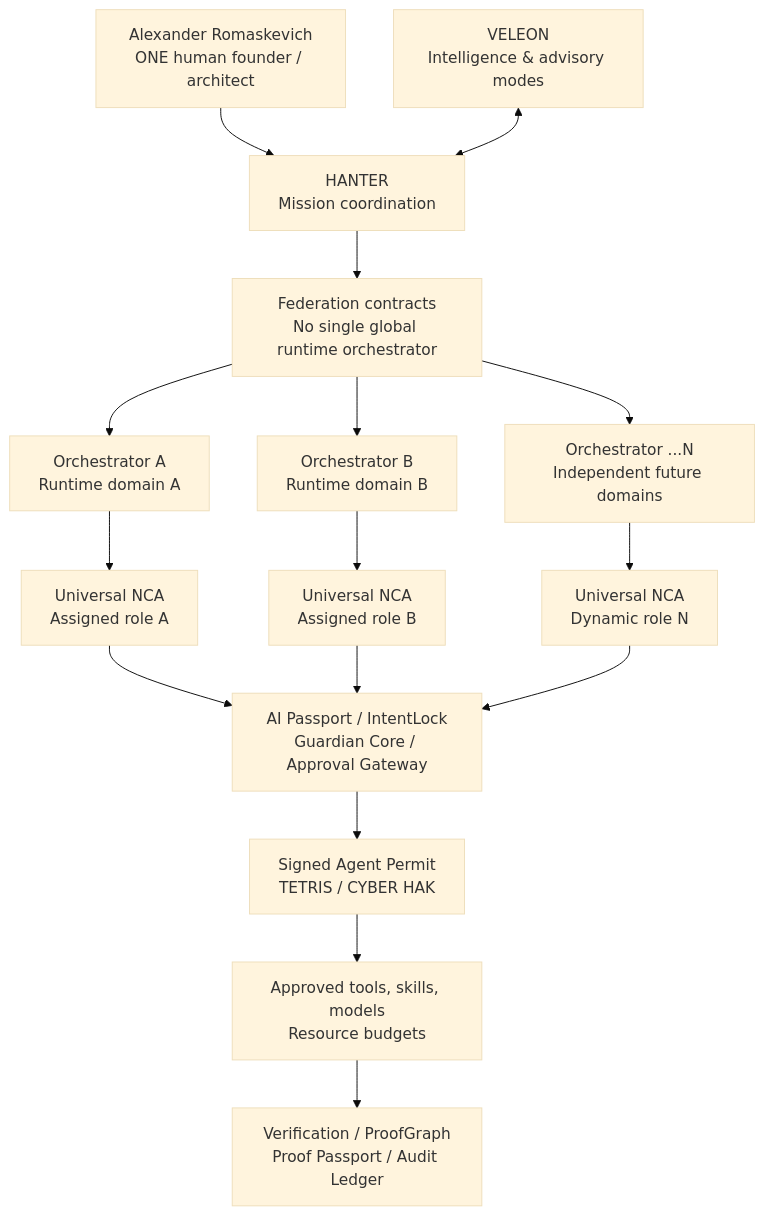
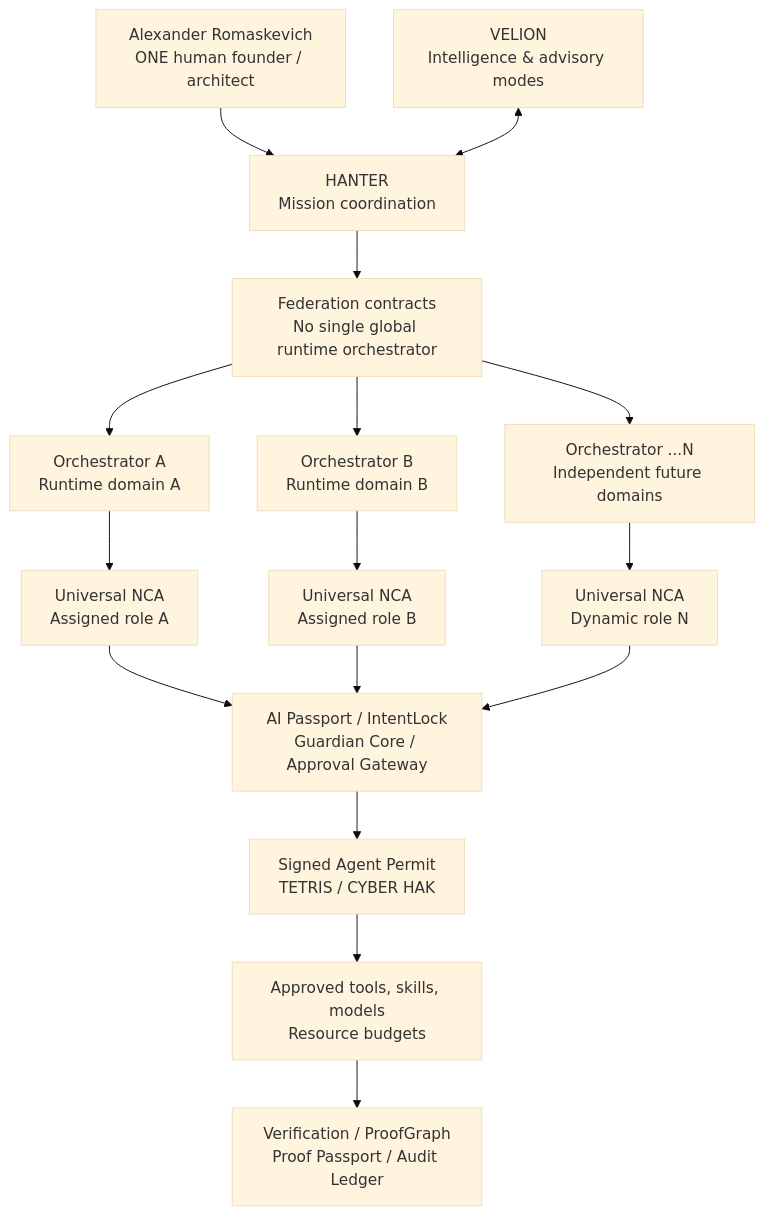
The diagram in docs/UNIVERSAL_NCA_CORPORATION.md (oromaskevic23-cmd/IMPERIAL-Core-US-HoldCo-Founder-Control-Blueprint), drawn with Mermaid (base theme) before and after one commit. The commit also changed other lines of this file and 17 other files, not shown here.

````diff
--- a/docs/UNIVERSAL_NCA_CORPORATION.md
+++ b/docs/UNIVERSAL_NCA_CORPORATION.md
@@ -48,32 +48,32 @@
 ```mermaid
 flowchart TB
     F["Alexander Romaskevich<br/>ONE human founder / architect"]
     H["HANTER<br/>Mission coordination"]
-    V["VELEON<br/>Intelligence & advisory modes"]
+    V["VELION<br/>Intelligence & advisory modes"]
     FED["Federation contracts<br/>No single global runtime orchestrator"]
     OA["Orchestrator A<br/>Runtime domain A"]
     OB["Orchestrator B<br/>Runtime domain B"]
     ON["Orchestrator ...N<br/>Independent future domains"]
     N1["Universal NCA<br/>Assigned role A"]
     N2["Universal NCA<br/>Assigned role B"]
     NN["Universal NCA<br/>Dynamic role N"]
     G["AI Passport / IntentLock<br/>Guardian Core / Approval Gateway"]
     P["Signed Agent Permit<br/>TETRIS / CYBER HAK"]
     E["Approved tools, skills, models<br/>Resource budgets"]
     R["Verification / ProofGraph<br/>Proof Passport / Audit Ledger"]
     F --> H
     V <--> H
     H --> FED
     FED --> OA
     FED --> OB
     FED --> ON
     OA --> N1
     OB --> N2
     ON --> NN
     N1 --> G
     N2 --> G
     NN --> G
     G --> P
     P --> E
     E --> R
 ```
````
